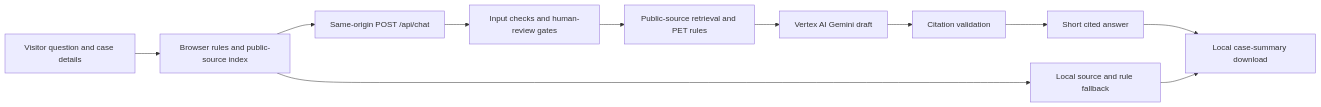
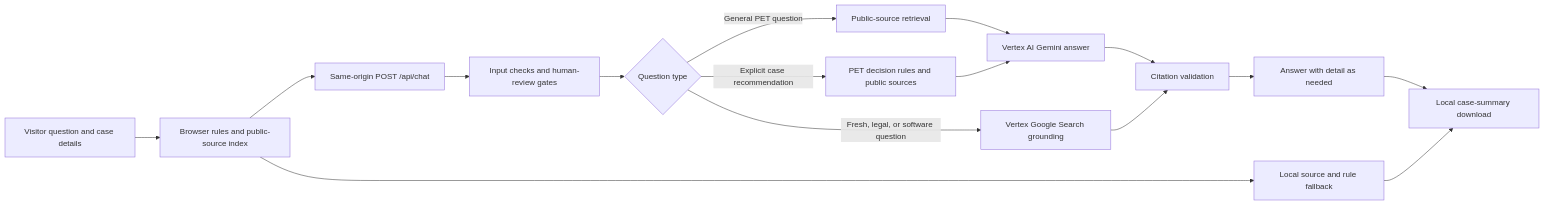
Before and after one commit to kathigg/pets_model: the diagram in docs/ARCHITECTURE.md, drawn with Mermaid. The commit also changed other lines of this file and 2 other files, not shown here.

Commit message:
Document question-first architecture and persona review

````diff
--- a/docs/ARCHITECTURE.md
+++ b/docs/ARCHITECTURE.md
@@ -3,13 +3,18 @@
 ```mermaid
 flowchart LR
   A[Visitor question and case details] --> B[Browser rules and public-source index]
   B --> C[Same-origin POST /api/chat]
   C --> D[Input checks and human-review gates]
-  D --> E[Public-source retrieval and PET rules]
-  E --> F[Vertex AI Gemini draft]
-  F --> G[Citation validation]
-  G --> H[Short cited answer]
+  D --> E{Question type}
+  E -->|General PET question| F[Public-source retrieval]
+  E -->|Fresh, legal, or software question| W[Vertex Google Search grounding]
+  E -->|Explicit case recommendation| R[PET decision rules and public sources]
+  F --> M[Vertex AI Gemini answer]
+  R --> M
+  M --> G[Citation validation]
+  W --> G
+  G --> H[Answer with detail as needed]
   B --> I[Local source and rule fallback]
   H --> J[Local case-summary download]
   I --> J
 ```
````
